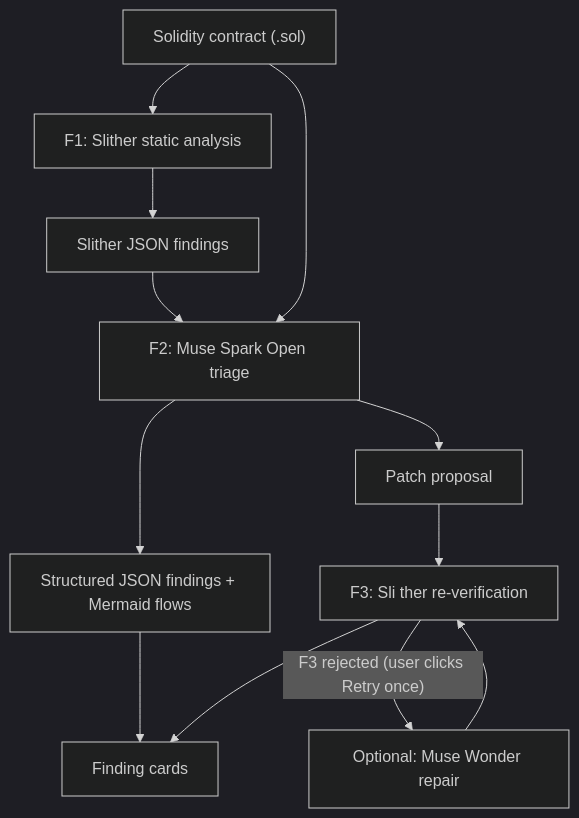
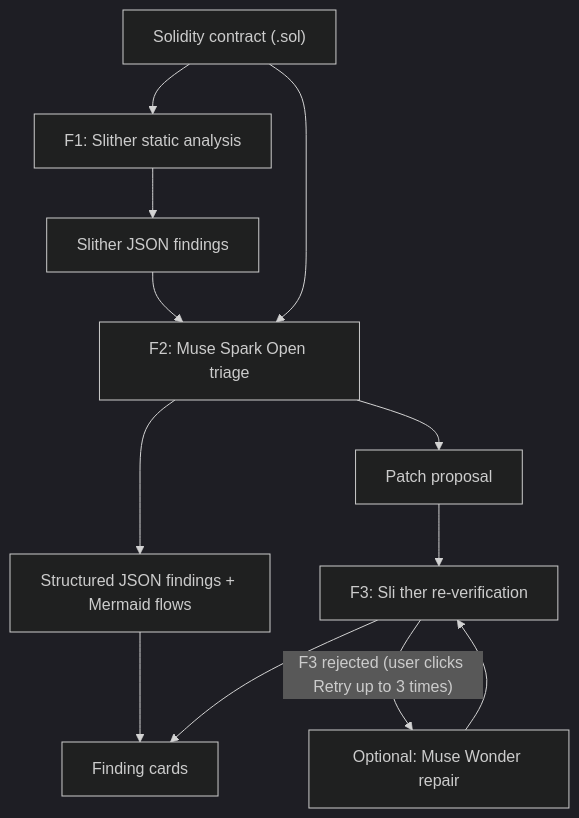
Before and after one commit to chokri29/SentryVision: the diagram in README.md, drawn with Mermaid (dark theme). The commit also changed other lines of this file, not shown here.

Commit message:
Update README with retry limits and descriptions

````diff
--- a/README.md
+++ b/README.md
@@ -50,14 +50,14 @@
 ```mermaid
 flowchart TD
     A["Solidity contract (.sol)"] --> B["F1: Slither static analysis"]
     B --> C["Slither JSON findings"]
     C --> D["F2: Muse Spark Open triage"]
     A --> D
     D --> E["Structured JSON findings + Mermaid flows"]
     E --> G["Finding cards"]
     D --> H["Patch proposal"]
     H --> I["F3: Sli ther re-verification"]
     I --> G
-    I -->|"F3 rejected (user clicks Retry once)"| J["Optional: Muse Wonder repair"]
+    I -->|"F3 rejected (user clicks Retry up to 3 times)"| J["Optional: Muse Wonder repair"]
     J --> I
 ```
````
